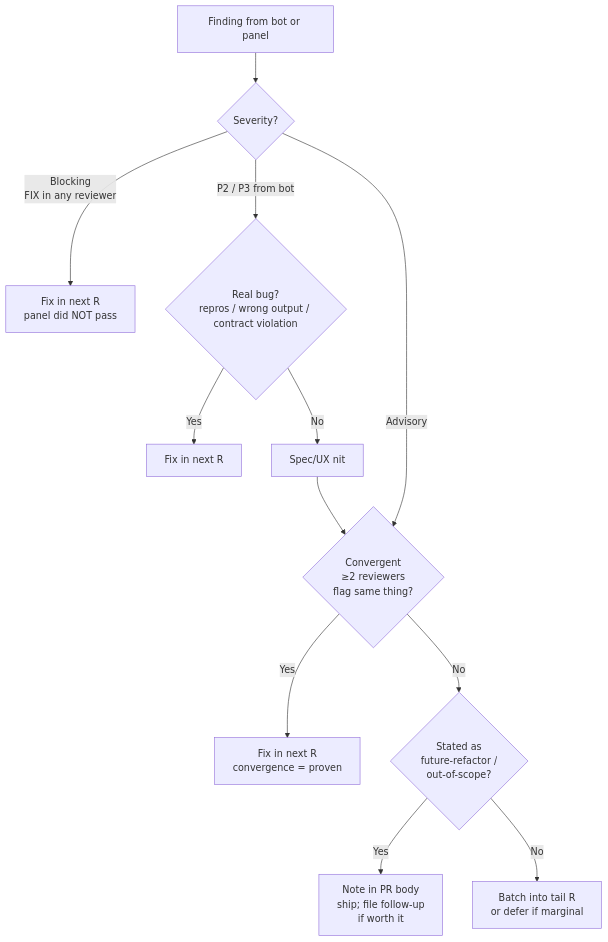
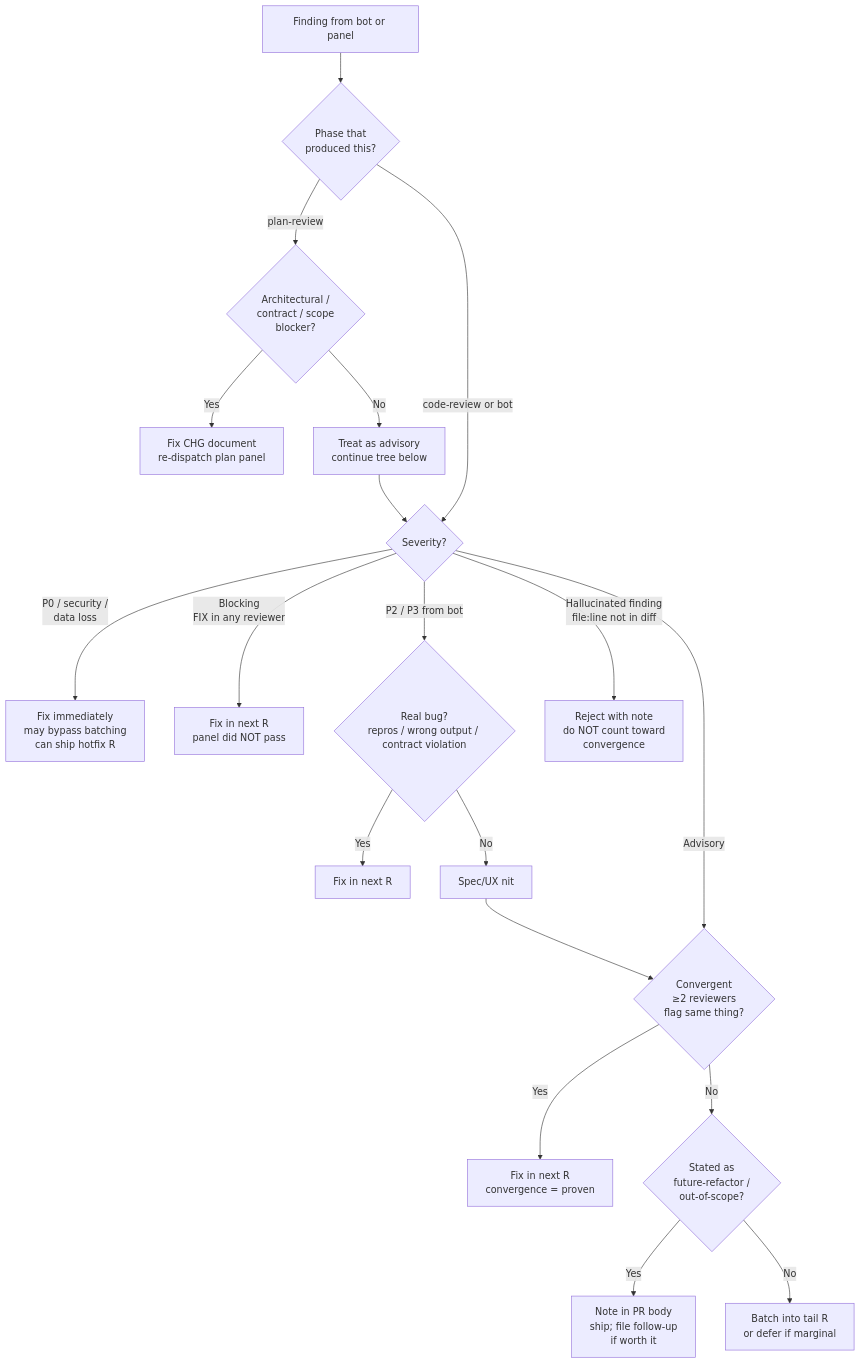
The sixth of 6 diagrams in rules/TRN-1008-SOP-Multi-Agent-Review-Loop.md (frankyxhl/trinity), drawn with Mermaid before and after one commit. The commit also changed other lines of this file and 4 other files, not shown here.

````diff
--- a/rules/TRN-1008-SOP-Multi-Agent-Review-Loop.md
+++ b/rules/TRN-1008-SOP-Multi-Agent-Review-Loop.md
@@ -344,14 +342,22 @@
 ```mermaid
 flowchart TD
-    A[Finding from bot or panel] --> B{Severity?}
+    A[Finding from bot or panel] --> P{Phase that<br/>produced this?}
+    P -- "plan-review" --> PR1{Architectural /<br/>contract / scope<br/>blocker?}
+    PR1 -- Yes --> PR2[Fix CHG document<br/>re-dispatch plan panel]
+    PR1 -- No --> PR3[Treat as advisory<br/>continue tree below]
+    P -- "code-review or bot" --> B
+    PR3 --> B
+    B{Severity?}
+    B -- "P0 / security /<br/>data loss" --> X0[Fix immediately<br/>may bypass batching<br/>can ship hotfix R]
     B -- "Blocking<br/>FIX in any reviewer" --> X1[Fix in next R<br/>panel did NOT pass]
     B -- "P2 / P3 from bot" --> C{Real bug?<br/>repros / wrong output / contract violation}
+    B -- "Hallucinated finding<br/>file:line not in diff" --> XH[Reject with note<br/>do NOT count toward<br/>convergence]
     C -- Yes --> X2[Fix in next R]
     C -- No --> D[Spec/UX nit]
     D --> E{Convergent<br/>≥2 reviewers<br/>flag same thing?}
     B -- Advisory --> E
     E -- Yes --> X3[Fix in next R<br/>convergence = proven]
     E -- No --> F{Stated as<br/>future-refactor /<br/>out-of-scope?}
     F -- Yes --> X4[Note in PR body<br/>ship; file follow-up<br/>if worth it]
     F -- No --> X5[Batch into tail R<br/>or defer if marginal]
 ```
````
